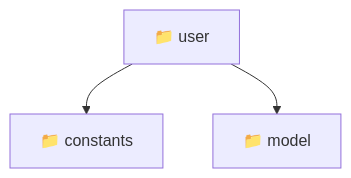
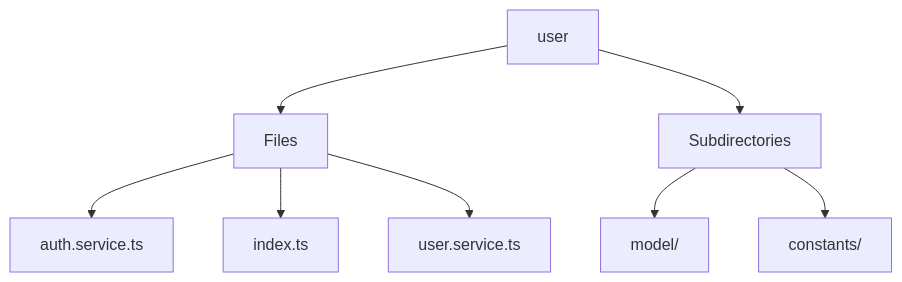
One commit to beginwebdev2002/fullstack-mavluda changed the diagram in frontend/src/entities/user/README.md. Above: the diagram before and after it, drawn with Mermaid. The commit also changed other lines of this file and 167 other files, not shown here.

````diff
--- a/frontend/src/entities/user/README.md
+++ b/frontend/src/entities/user/README.md
@@ -11,6 +14,10 @@
 ```mermaid
 graph TD
-  user["📁 user"]
-  user --> constants["📁 constants"]
-  user --> model["📁 model"]
+  user --> Files
+  Files --> auth_service_ts[auth.service.ts]
+  Files --> index_ts[index.ts]
+  Files --> user_service_ts[user.service.ts]
+  user --> Subdirectories
+  Subdirectories --> model[model/]
+  Subdirectories --> constants[constants/]
 ```
````
